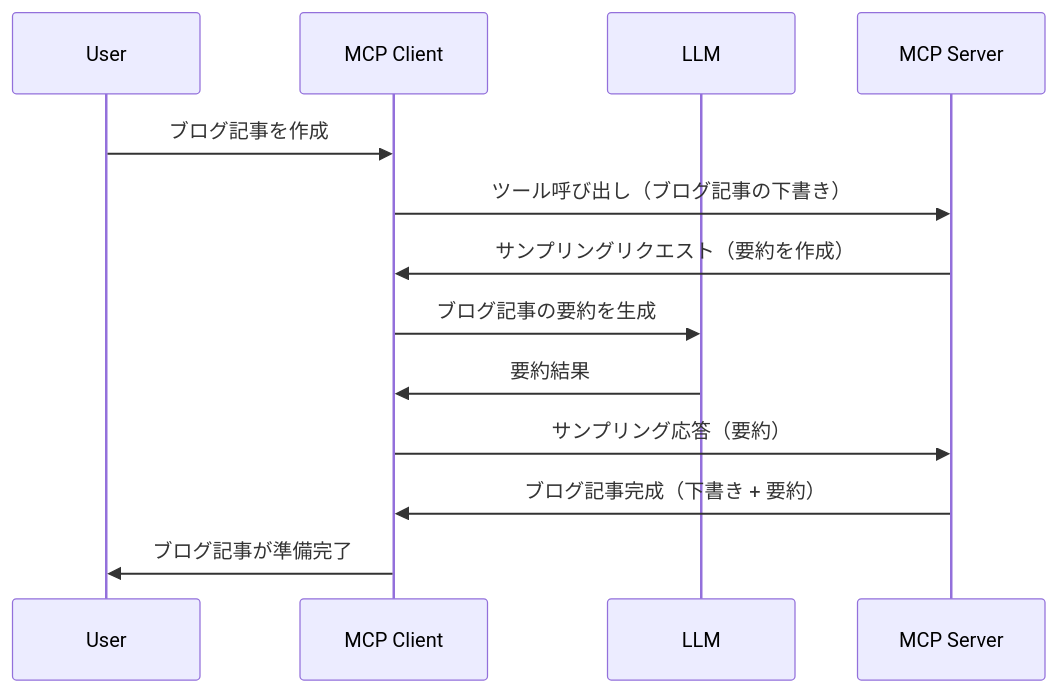
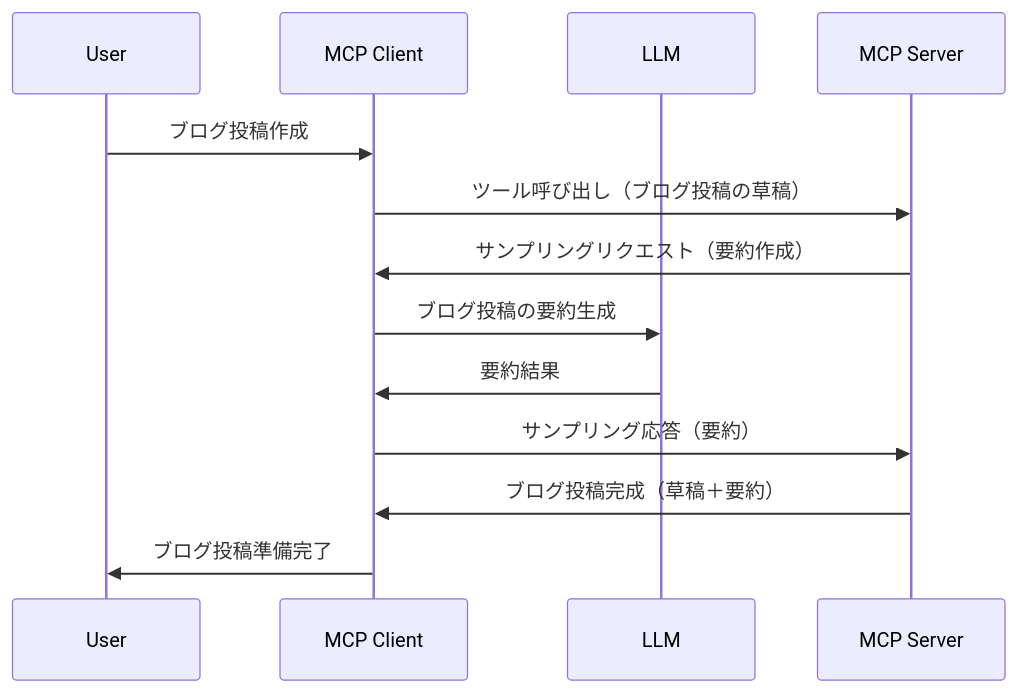
One commit to HIDORAKAI002/ai-workspace-archive changed the diagram in mcp_ecosystem__model_context_protocol/mcp_learning_resources/mcp-for-beginners/translations/ja/03-GettingStarted/14-sampling/README.md. Above: the diagram before and after it, drawn with Mermaid. The commit also changed other lines of this file and 1539 other files, not shown here.

````diff
--- a/mcp_ecosystem__model_context_protocol/mcp_learning_resources/mcp-for-beginners/translations/ja/03-GettingStarted/14-sampling/README.md
+++ b/mcp_ecosystem__model_context_protocol/mcp_learning_resources/mcp-for-beginners/translations/ja/03-GettingStarted/14-sampling/README.md
@@ -23,16 +23,16 @@
 ```mermaid
 sequenceDiagram
     participant User
     participant MCP Client
     participant LLM
     participant MCP Server
 
-    User->>MCP Client: ブログ記事を作成
-    MCP Client->>MCP Server: ツール呼び出し（ブログ記事の下書き）
-    MCP Server->>MCP Client: サンプリングリクエスト（要約を作成）
-    MCP Client->>LLM: ブログ記事の要約を生成
+    User->>MCP Client: ブログ投稿作成
+    MCP Client->>MCP Server: ツール呼び出し（ブログ投稿の草稿）
+    MCP Server->>MCP Client: サンプリングリクエスト（要約作成）
+    MCP Client->>LLM: ブログ投稿の要約生成
     LLM->>MCP Client: 要約結果
     MCP Client->>MCP Server: サンプリング応答（要約）
-    MCP Server->>MCP Client: ブログ記事完成（下書き + 要約）
-    MCP Client->>User: ブログ記事が準備完了
+    MCP Server->>MCP Client: ブログ投稿完成（草稿＋要約）
+    MCP Client->>User: ブログ投稿準備完了
 ```
````
